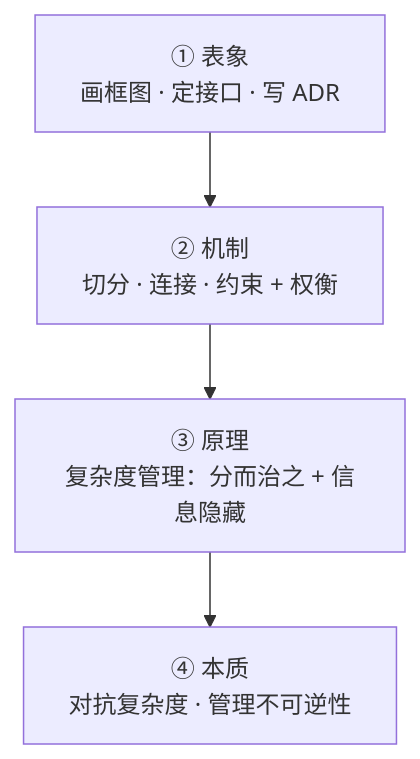
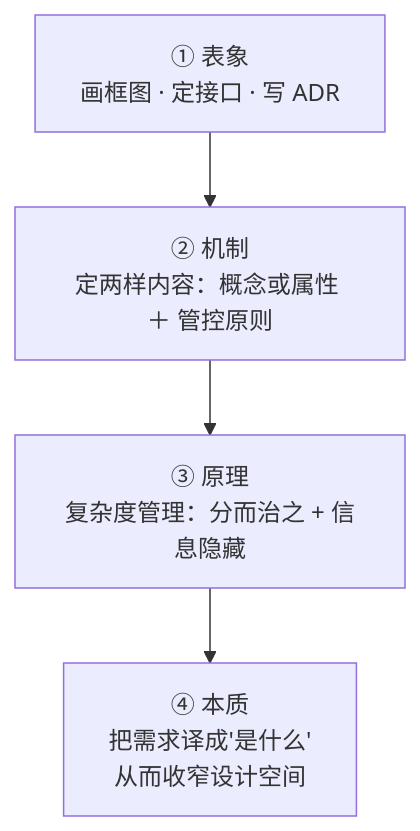
One commit to Yongjunzhou/AOS-system-design changed the second of 11 diagrams in 100-subprojects/01-系统工程研究/00-系统工程相关研究报告/10-架构设计方法论全景研究报告.md. Above: the diagram before and after it, drawn with Mermaid. The commit also changed other lines of this file and 45 other files, not shown here.

````diff
--- a/100-subprojects/01-系统工程研究/00-系统工程相关研究报告/10-架构设计方法论全景研究报告.md
+++ b/100-subprojects/01-系统工程研究/00-系统工程相关研究报告/10-架构设计方法论全景研究报告.md
@@ -203,8 +203,8 @@
 ```mermaid
 flowchart TB
     L1["① 表象<br/>画框图 · 定接口 · 写 ADR"]
-    L2["② 机制<br/>切分 · 连接 · 约束 + 权衡"]
+    L2["② 机制<br/>定两样内容：概念或属性 ＋ 管控原则"]
     L3["③ 原理<br/>复杂度管理：分而治之 + 信息隐藏"]
-    L4["④ 本质<br/>对抗复杂度 · 管理不可逆性"]
+    L4["④ 本质<br/>把需求译成'是什么'<br/>从而收窄设计空间"]
     L1 --> L2 --> L3 --> L4
 ```
````
